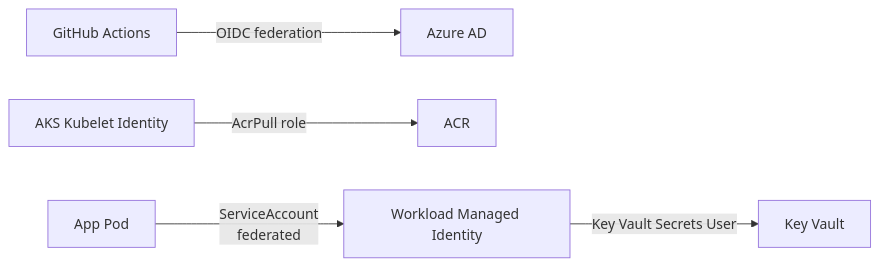
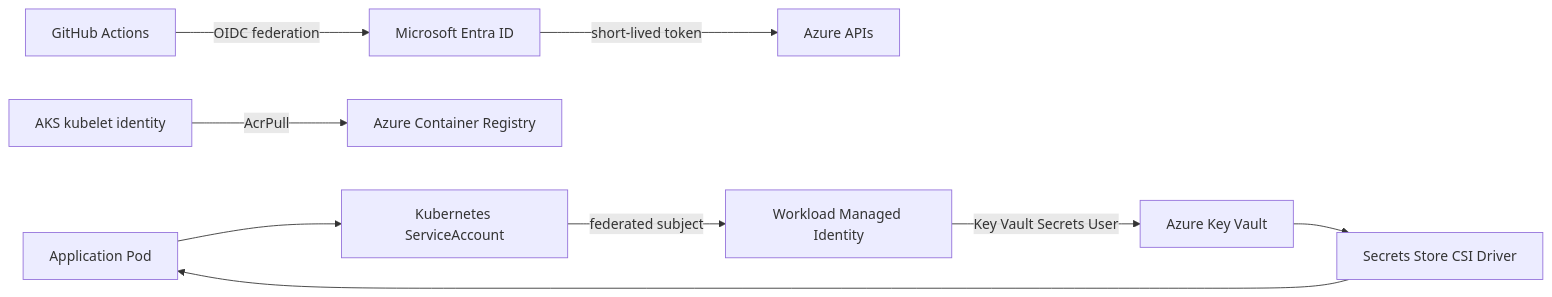
The third of 3 diagrams in docs/architecture.md (KarimElAtfy/Azure-Terraform-AKS-GitOps-Secure-Platform), drawn with Mermaid before and after one commit. The commit also changed other lines of this file and 1 other file, not shown here.

Commit message:
docs: polish architecture and decision records

````diff
--- a/docs/architecture.md
+++ b/docs/architecture.md
@@ -129,7 +195,13 @@
-```mermaid
+~~~mermaid
 flowchart LR
-    GHA["GitHub Actions"] -->|"OIDC federation"| Azure["Azure AD"]
-    AKSKubelet["AKS Kubelet Identity"] -->|"AcrPull role"| ACR
-    WorkloadMI["Workload Managed Identity"] -->|"Key Vault Secrets User"| KV["Key Vault"]
-    Pod["App Pod"] -->|"ServiceAccount<br>federated"| WorkloadMI
-```
+    GHA[GitHub Actions] -->|OIDC federation| AzureAD[Microsoft Entra ID]
+    AzureAD -->|short-lived token| Azure[Azure APIs]
+
+    Kubelet[AKS kubelet identity] -->|AcrPull| ACR[Azure Container Registry]
+
+    Pod[Application Pod] --> SA[Kubernetes ServiceAccount]
+    SA -->|federated subject| WI[Workload Managed Identity]
+    WI -->|Key Vault Secrets User| KV[Azure Key Vault]
+    KV --> CSI[Secrets Store CSI Driver]
+    CSI --> Pod
+~~~
````
